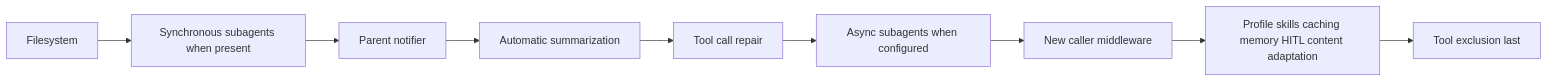
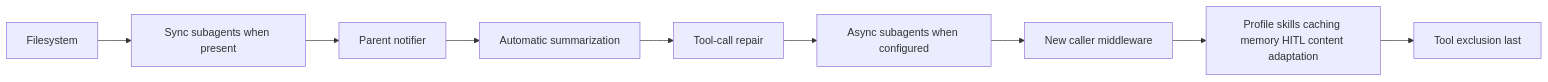
The second of 4 diagrams in openwiki/concepts/middleware-catalog.md (langchain-ai/deepagents), drawn with Mermaid before and after one commit. The commit also changed other lines of this file and 69 other files, not shown here.

````diff
--- a/openwiki/concepts/middleware-catalog.md
+++ b/openwiki/concepts/middleware-catalog.md
@@ -90,11 +86,11 @@
 ```mermaid
 flowchart LR
-    Fs["Filesystem"] --> Sync["Synchronous subagents when present"]
+    Fs["Filesystem"] --> Sync["Sync subagents when present"]
     Sync --> Notify["Parent notifier"]
     Notify --> Summary["Automatic summarization"]
-    Summary --> Repair["Tool call repair"]
+    Summary --> Repair["Tool-call repair"]
     Repair --> Async["Async subagents when configured"]
     Async --> Custom["New caller middleware"]
     Custom --> Tail["Profile skills caching memory HITL content adaptation"]
     Tail --> Exclude["Tool exclusion last"]
 ```
````
